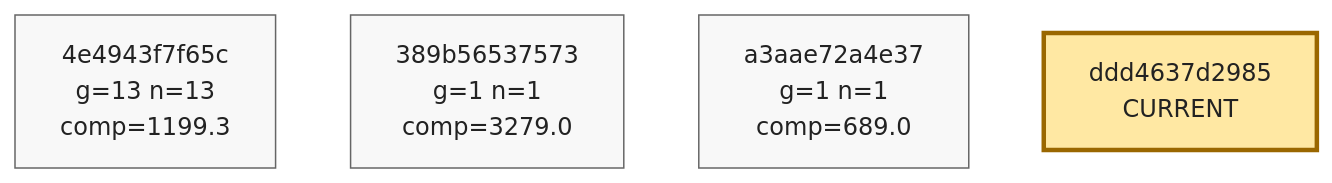
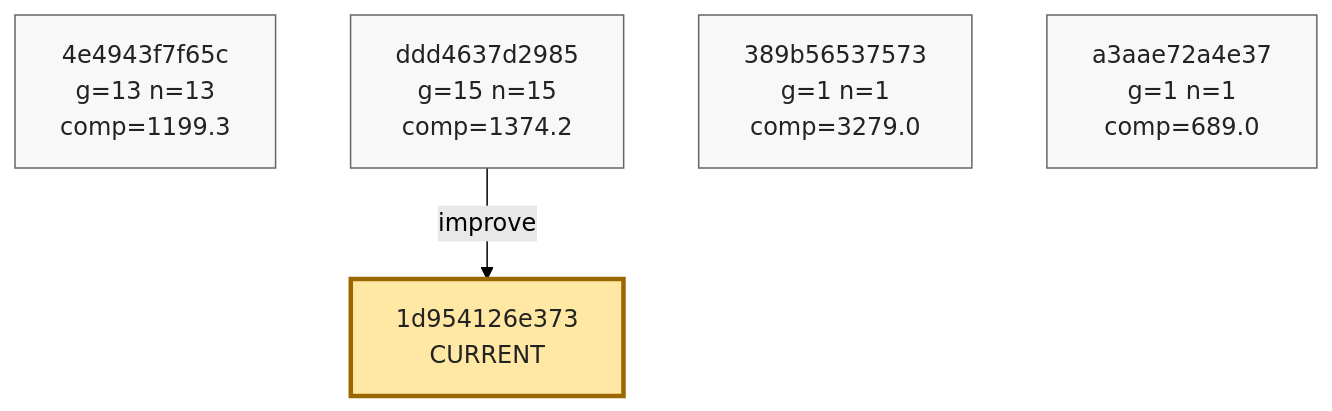
One commit to azumag/soviet_now changed the ninth of 9 diagrams in phyrogenetic-tree.md. Above: the diagram before and after it, drawn with Mermaid (forest theme). The commit also changed other lines of this file and 2 other files, not shown here.

Commit message:
eloop Improve after 12 games (scores: 1139 2413 704 1241 1557 1916 993 1273 1798 1554 799 1490)

````diff
--- a/phyrogenetic-tree.md
+++ b/phyrogenetic-tree.md
@@ -2234,18 +2234,21 @@
 ```mermaid
 flowchart TD
     h_4e4943f7f65c["4e4943f7f65c<br/>g=13 n=13<br/>comp=1199.3"]
+    h_ddd4637d2985["ddd4637d2985<br/>g=15 n=15<br/>comp=1374.2"]
     h_389b56537573["389b56537573<br/>g=1 n=1<br/>comp=3279.0"]
     h_a3aae72a4e37["a3aae72a4e37<br/>g=1 n=1<br/>comp=689.0"]
-    h_ddd4637d2985["ddd4637d2985<br/>CURRENT"]
+    h_1d954126e373["1d954126e373<br/>CURRENT"]
 
+    h_ddd4637d2985 -->|improve| h_1d954126e373
 
     classDef plain fill:#f8f8f8,stroke:#666,stroke-width:1px,color:#222;
     classDef current fill:#ffe8a3,stroke:#9a6700,stroke-width:3px,color:#222;
     classDef anchor fill:#d7f5dd,stroke:#1f6f43,stroke-width:3px,color:#222;
     classDef current_anchor fill:#f3e4a8,stroke:#1f6f43,stroke-width:4px,color:#222;
 
     class h_4e4943f7f65c plain;
+    class h_ddd4637d2985 plain;
     class h_389b56537573 plain;
     class h_a3aae72a4e37 plain;
-    class h_ddd4637d2985 current;
+    class h_1d954126e373 current;
 ```
````
